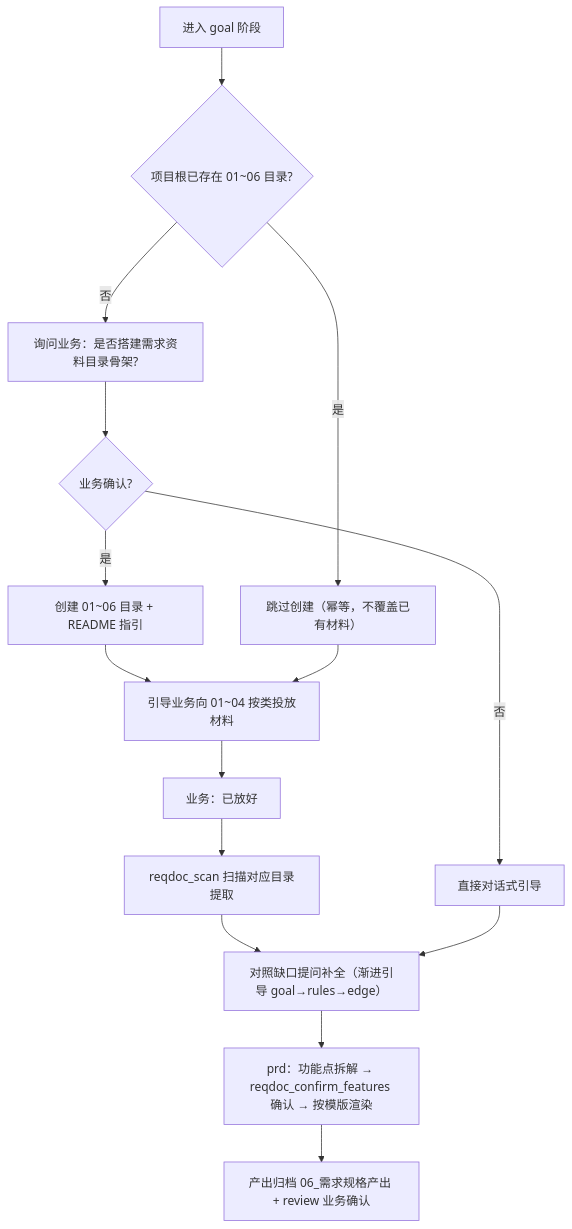
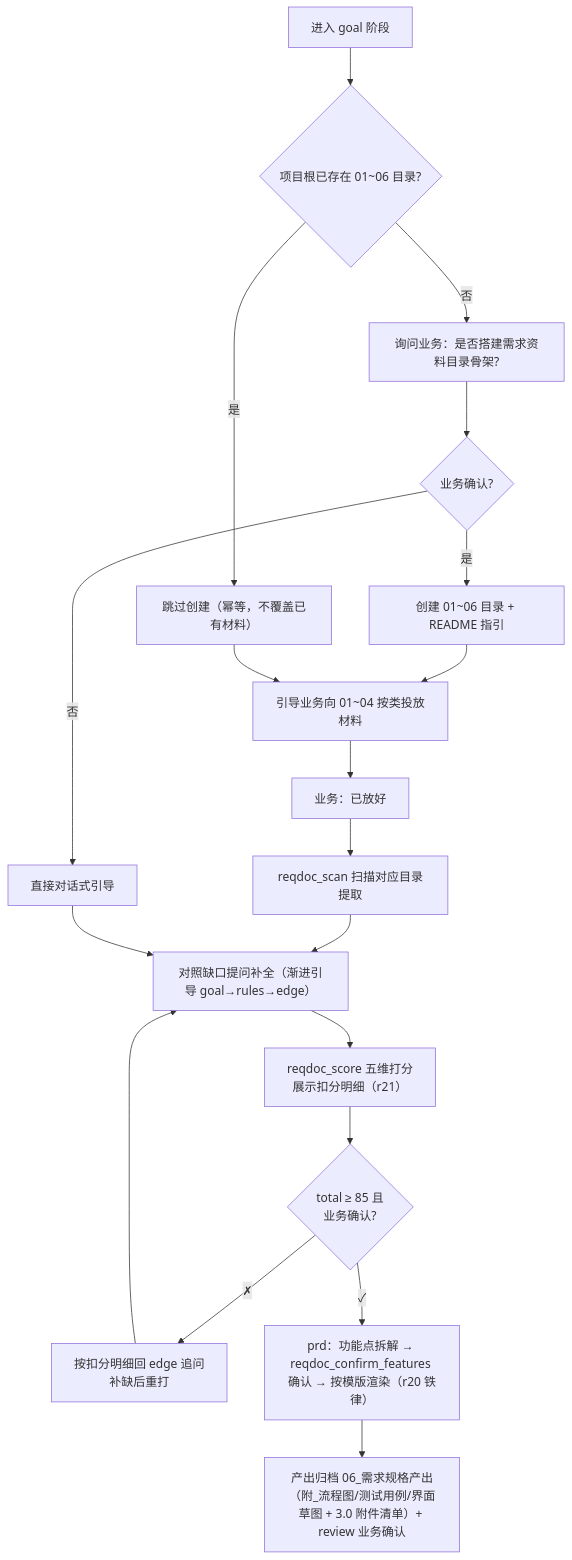
Diagram 16 of 16 in opencode-session-mgmt/docs/session-management.md (wonglaitung/opencode), drawn with Mermaid before and after one commit. The commit also changed other lines of this file and 22 other files, not shown here.

First line of the commit message:
feat(reqdoc): PRD 质量打分卡 + 双门禁（核心补齐）

````diff
--- a/opencode-session-mgmt/docs/session-management.md
+++ b/opencode-session-mgmt/docs/session-management.md
@@ -1447,17 +1466,21 @@
 ```mermaid
 flowchart TD
     A["进入 goal 阶段"] --> B{"项目根已存在 01~06 目录?"}
     B -- "否" --> C["询问业务：是否搭建需求资料目录骨架?"]
     C --> D{"业务确认?"}
     D -- "是" --> E["创建 01~06 目录 + README 指引"]
     D -- "否" --> F["直接对话式引导"]
     B -- "是" --> G["跳过创建（幂等，不覆盖已有材料）"]
     E --> H["引导业务向 01~04 按类投放材料"]
     G --> H
     H --> I["业务：已放好"]
     I --> J["reqdoc_scan 扫描对应目录提取"]
     J --> K["对照缺口提问补全（渐进引导 goal→rules→edge）"]
     F --> K
-    K --> L["prd：功能点拆解 → reqdoc_confirm_features 确认 → 按模版渲染"]
-    L --> M["产出归档 06_需求规格产出 + review 业务确认"]
+    K --> S["reqdoc_score 五维打分<br/>展示扣分明细（r21）"]
+    S --> SG{"total ≥ 85 且<br/>业务确认?"}
+    SG -->|"✗"| K2["按扣分明细回 edge 追问<br/>补缺后重打"]
+    K2 --> K
+    SG -->|"✓"| L["prd：功能点拆解 → reqdoc_confirm_features 确认 → 按模版渲染（r20 铁律）"]
+    L --> M["产出归档 06_需求规格产出（附_流程图/测试用例/界面草图 + 3.0 附件清单）+ review 业务确认"]
 ```
````
